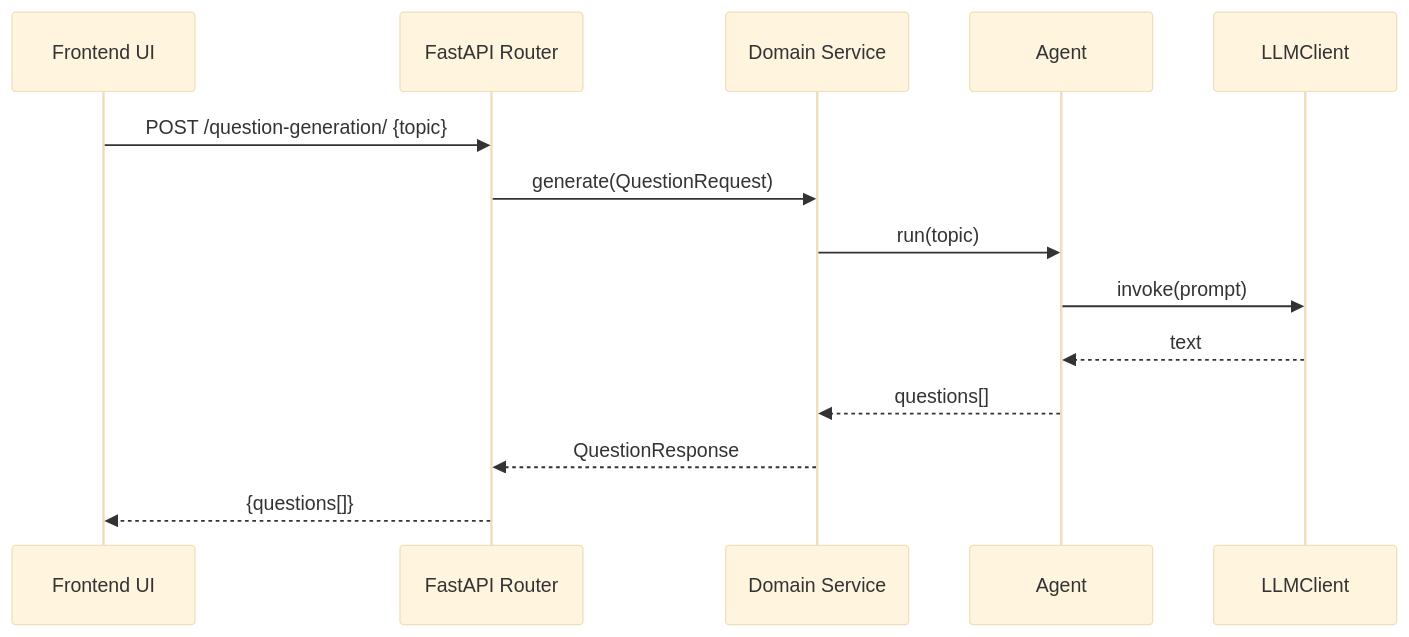
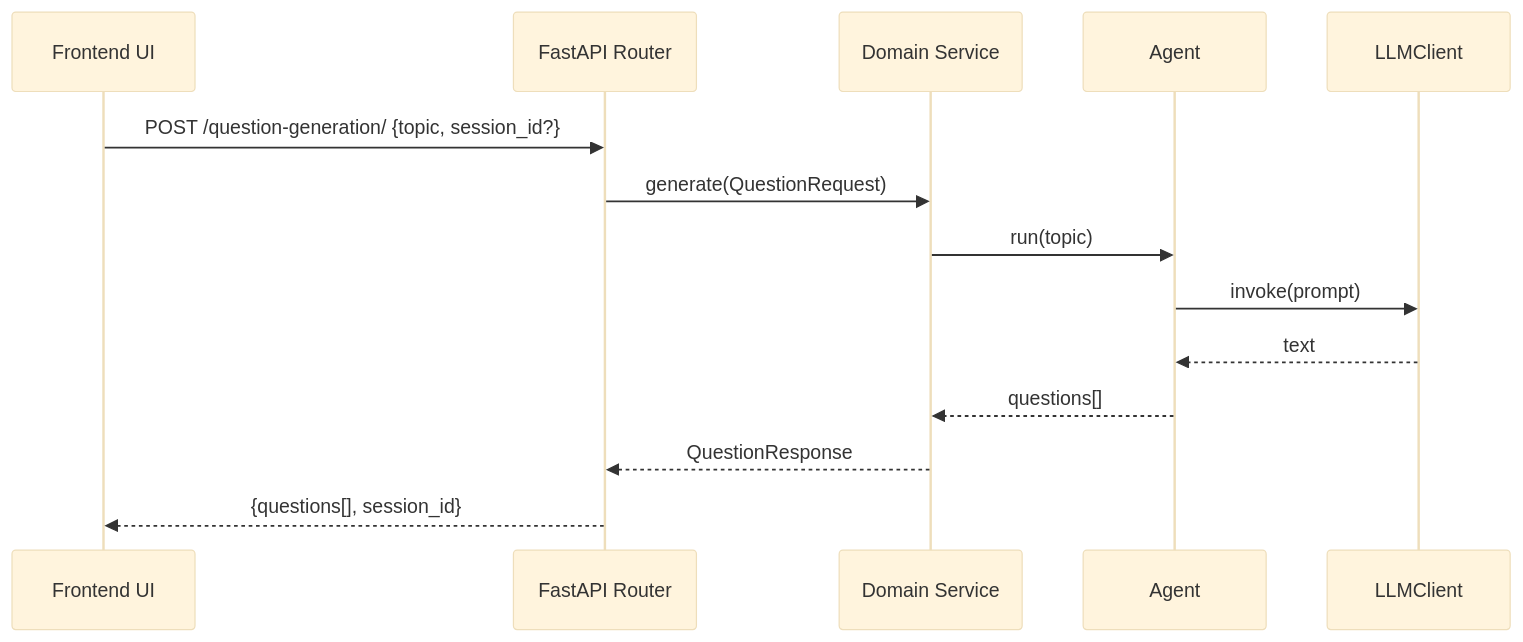
One commit to genilab/sensible-forms changed the first of 3 diagrams in docs/example-data-flow.md. Above: the diagram before and after it, drawn with Mermaid (base theme). The commit also changed other lines of this file and 48 other files, not shown here.

````diff
--- a/docs/example-data-flow.md
+++ b/docs/example-data-flow.md
@@ -51,17 +60,17 @@
 ```mermaid
 sequenceDiagram
   participant UI as Frontend UI
   participant API as FastAPI Router
   participant SVC as Domain Service
   participant AG as Agent
   participant LLM as LLMClient
 
-  UI->>API: POST /question-generation/ {topic}
+  UI->>API: POST /question-generation/ {topic, session_id?}
   API->>SVC: generate(QuestionRequest)
   SVC->>AG: run(topic)
   AG->>LLM: invoke(prompt)
   LLM-->>AG: text
   AG-->>SVC: questions[]
   SVC-->>API: QuestionResponse
-  API-->>UI: {questions[]}
+  API-->>UI: {questions[], session_id}
 ```
````
